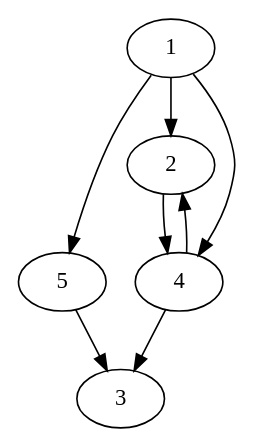
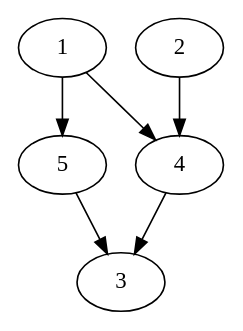
Before and after one commit to lifelike/gamebookformat: the diagram in expected/withdemo.dot, drawn with Graphviz. The commit also changed 23 other files, not shown here.

```diff
--- a/expected/withdemo.dot
+++ b/expected/withdemo.dot
@@ -1,13 +1,9 @@
 digraph gamebook {
 
  1->5
 
-1->2
-
 1->4
 2->4
-4->2
-
 4->3
 5->3
 }
```
